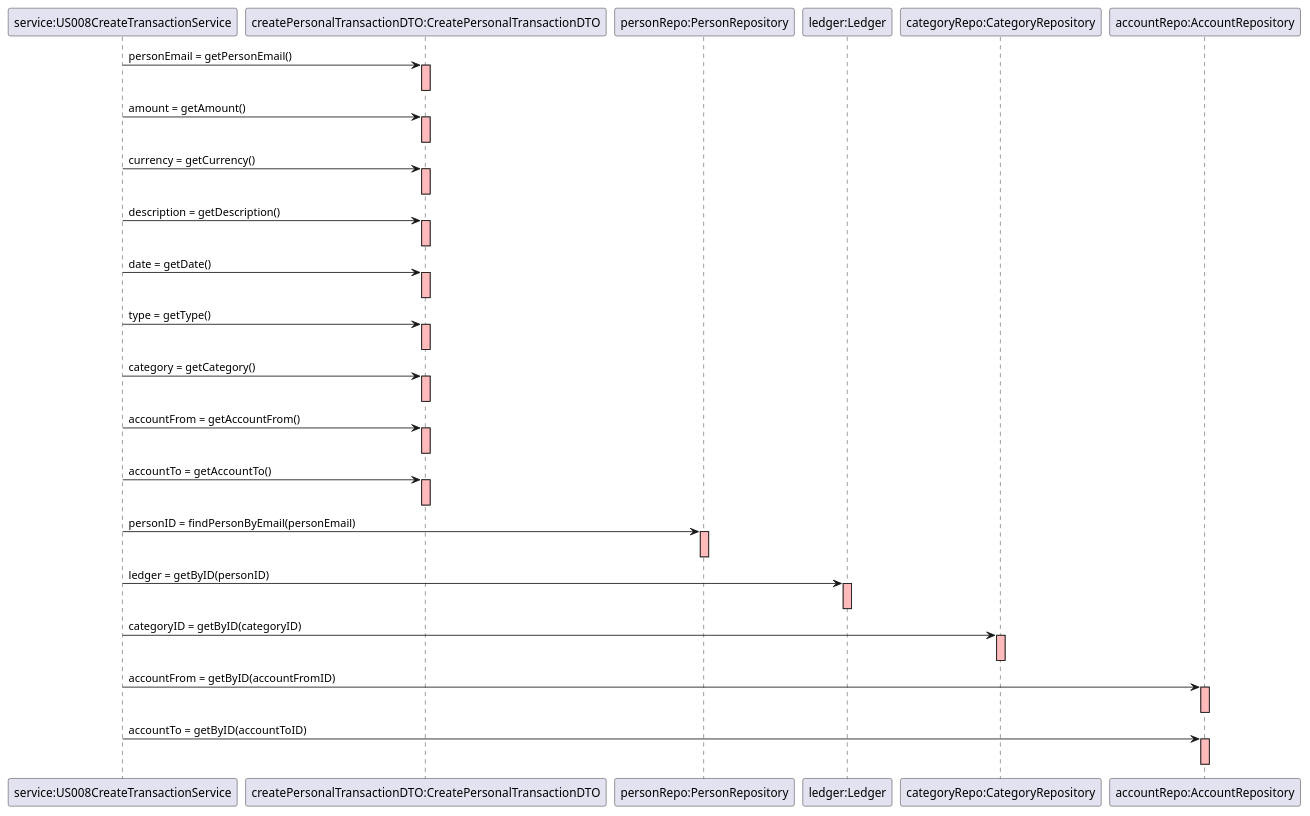
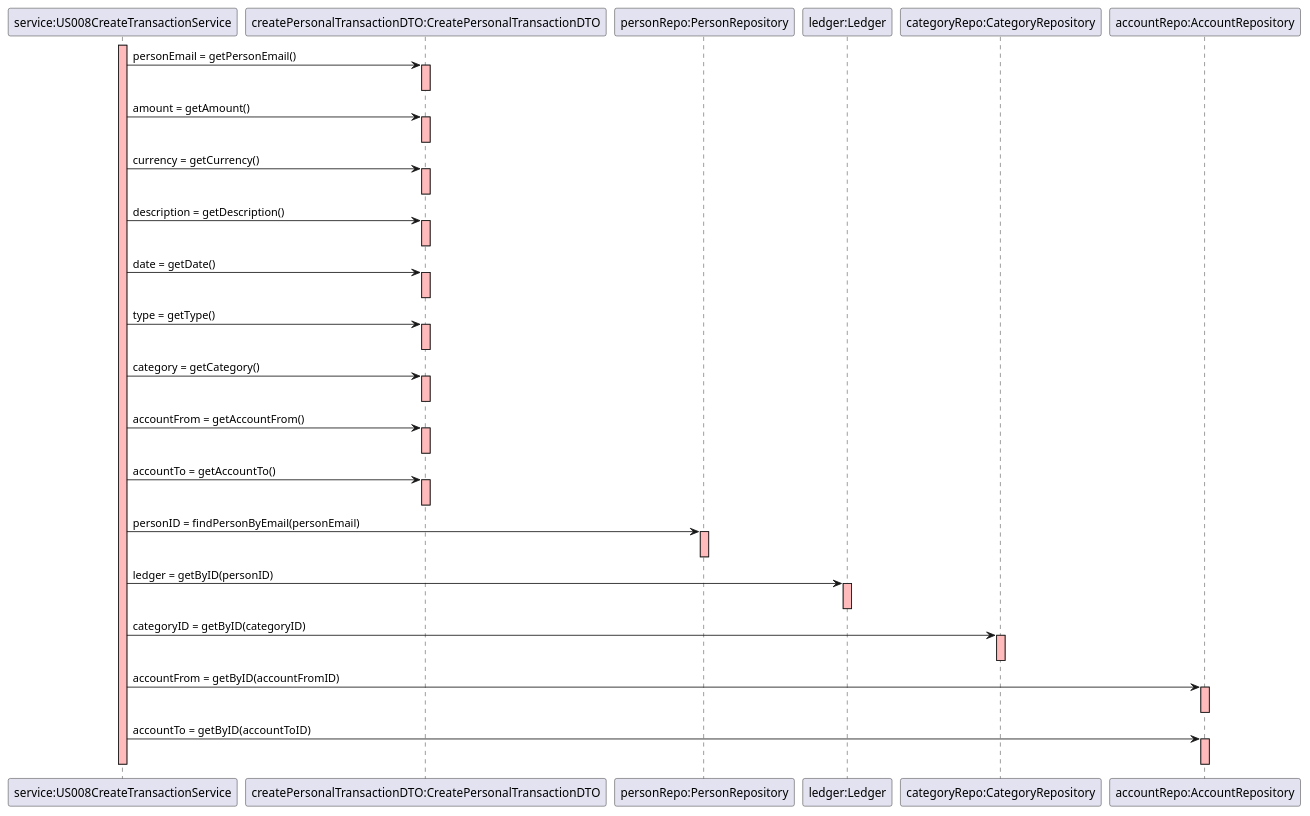
One commit to mleitaoribeiro/DevOpsMaven changed the diagram in src/main/java/switch2019/project/controllerLayer/rest/US008CreatePersonTransactionControllerRest_P2_1Get.puml. Above: the diagram before and after it, drawn with PlantUML. The commit also changed 3 other files, not shown here.

Commit message:
ref #970: US08 - updated Sequence Diagram

```diff
--- a/src/main/java/switch2019/project/controllerLayer/rest/US008CreatePersonTransactionControllerRest_P2_1Get.puml
+++ b/src/main/java/switch2019/project/controllerLayer/rest/US008CreatePersonTransactionControllerRest_P2_1Get.puml
@@ -1,60 +1,61 @@
 @startuml
 
+activate "service:US008CreateTransactionService" #FFBBBB
 "service:US008CreateTransactionService" -> "createPersonalTransactionDTO:CreatePersonalTransactionDTO" : personEmail = getPersonEmail()
 activate "createPersonalTransactionDTO:CreatePersonalTransactionDTO"  #FFBBBB
 deactivate "createPersonalTransactionDTO:CreatePersonalTransactionDTO"
 
 "service:US008CreateTransactionService" -> "createPersonalTransactionDTO:CreatePersonalTransactionDTO" : amount = getAmount()
 activate "createPersonalTransactionDTO:CreatePersonalTransactionDTO"  #FFBBBB
 deactivate "createPersonalTransactionDTO:CreatePersonalTransactionDTO"
 
 "service:US008CreateTransactionService" -> "createPersonalTransactionDTO:CreatePersonalTransactionDTO" : currency = getCurrency()
 activate "createPersonalTransactionDTO:CreatePersonalTransactionDTO"  #FFBBBB
 deactivate "createPersonalTransactionDTO:CreatePersonalTransactionDTO"
 
 "service:US008CreateTransactionService" -> "createPersonalTransactionDTO:CreatePersonalTransactionDTO" : description = getDescription()
 activate "createPersonalTransactionDTO:CreatePersonalTransactionDTO"  #FFBBBB
 deactivate "createPersonalTransactionDTO:CreatePersonalTransactionDTO"
 
 "service:US008CreateTransactionService" -> "createPersonalTransactionDTO:CreatePersonalTransactionDTO" : date = getDate()
 activate "createPersonalTransactionDTO:CreatePersonalTransactionDTO"  #FFBBBB
 deactivate "createPersonalTransactionDTO:CreatePersonalTransactionDTO"
 
 "service:US008CreateTransactionService" -> "createPersonalTransactionDTO:CreatePersonalTransactionDTO" : type = getType()
 activate "createPersonalTransactionDTO:CreatePersonalTransactionDTO"  #FFBBBB
 deactivate "createPersonalTransactionDTO:CreatePersonalTransactionDTO"
 
 "service:US008CreateTransactionService" -> "createPersonalTransactionDTO:CreatePersonalTransactionDTO" : category = getCategory()
 activate "createPersonalTransactionDTO:CreatePersonalTransactionDTO"  #FFBBBB
 deactivate "createPersonalTransactionDTO:CreatePersonalTransactionDTO"
 
 "service:US008CreateTransactionService" -> "createPersonalTransactionDTO:CreatePersonalTransactionDTO" : accountFrom = getAccountFrom()
 activate "createPersonalTransactionDTO:CreatePersonalTransactionDTO"  #FFBBBB
 deactivate "createPersonalTransactionDTO:CreatePersonalTransactionDTO"
 
 "service:US008CreateTransactionService" -> "createPersonalTransactionDTO:CreatePersonalTransactionDTO" : accountTo = getAccountTo()
 activate "createPersonalTransactionDTO:CreatePersonalTransactionDTO"  #FFBBBB
 deactivate "createPersonalTransactionDTO:CreatePersonalTransactionDTO"
 
 "service:US008CreateTransactionService" -> "personRepo:PersonRepository" : personID = findPersonByEmail(personEmail)
 activate "personRepo:PersonRepository" #FFBBBB
 deactivate "personRepo:PersonRepository"
 
 "service:US008CreateTransactionService" -> "ledger:Ledger" : ledger = getByID(personID)
 activate "ledger:Ledger" #FFBBBB
 deactivate "ledger:Ledger"
 
 "service:US008CreateTransactionService" -> "categoryRepo:CategoryRepository" : categoryID = getByID(categoryID)
 activate "categoryRepo:CategoryRepository" #FFBBBB
 deactivate "categoryRepo:CategoryRepository"
 
 "service:US008CreateTransactionService" -> "accountRepo:AccountRepository" : accountFrom = getByID(accountFromID)
 activate "accountRepo:AccountRepository" #FFBBBB
 deactivate "accountRepo:AccountRepository"
 
 "service:US008CreateTransactionService" -> "accountRepo:AccountRepository" : accountTo = getByID(accountToID)
 activate "accountRepo:AccountRepository" #FFBBBB
 deactivate "accountRepo:AccountRepository"
-
+deactivate "service:US008CreateTransactionService" #FFBBBB
 
 @enduml
```
